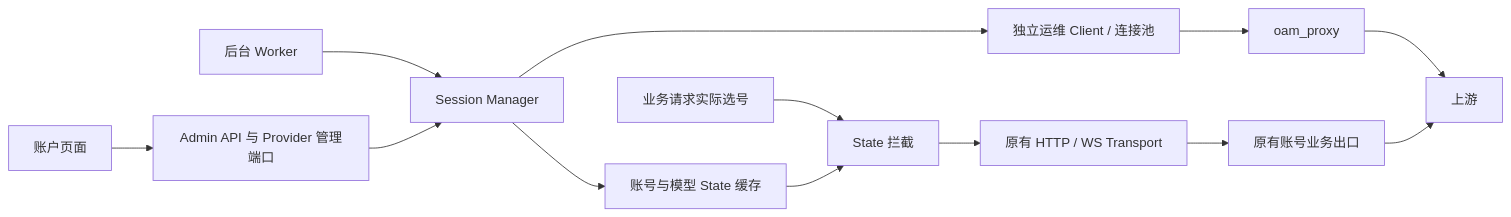
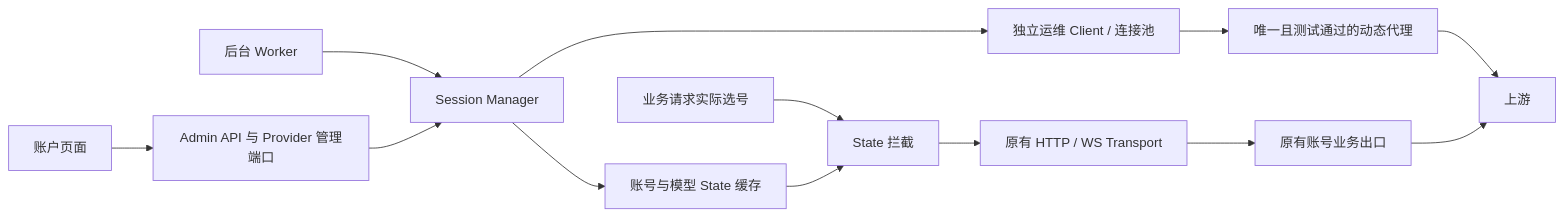
The diagram in docs/session-keepalive-design.md (chenyanshan/codex-proxy-rs), drawn with Mermaid before and after one commit. The commit also changed other lines of this file and 83 other files, not shown here.

````diff
--- a/docs/session-keepalive-design.md
+++ b/docs/session-keepalive-design.md
@@ -19,15 +19,15 @@
 ```mermaid
 flowchart LR
     Worker[后台 Worker] --> Manager[Session Manager]
     Page[账户页面] --> API[Admin API 与 Provider 管理端口]
     API --> Manager
     Manager --> OAM[独立运维 Client / 连接池]
-    OAM --> Proxy[oam_proxy]
+    OAM --> Proxy[唯一且测试通过的动态代理]
     Proxy --> Upstream[上游]
     Manager --> Cache[账号与模型 State 缓存]
     Request[业务请求实际选号] --> Rewrite[State 拦截]
     Cache --> Rewrite
     Rewrite --> Transport[原有 HTTP / WS Transport]
     Transport --> Egress[原有账号业务出口]
     Egress --> Upstream
 ```
````
